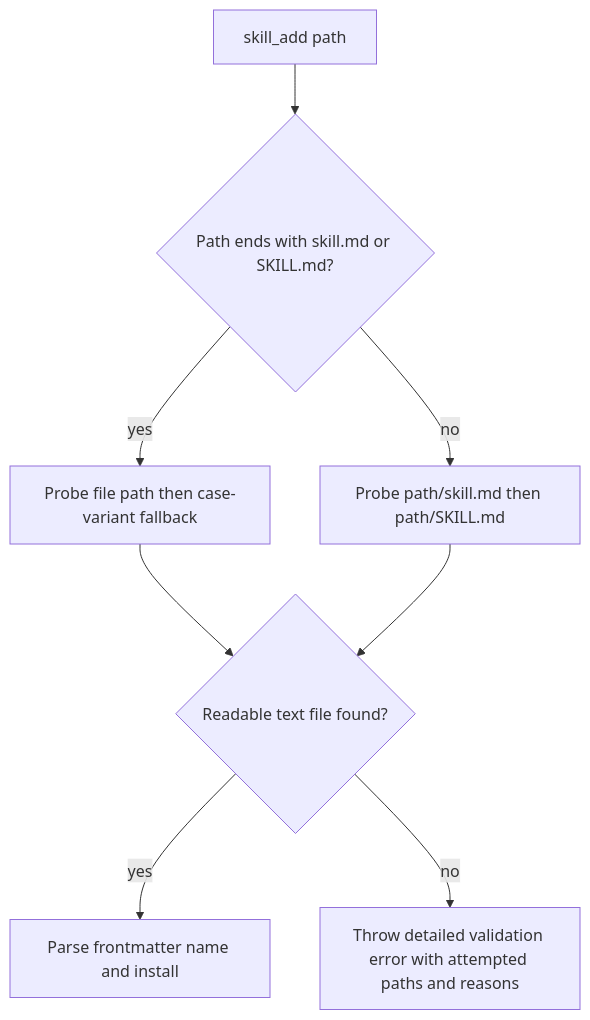
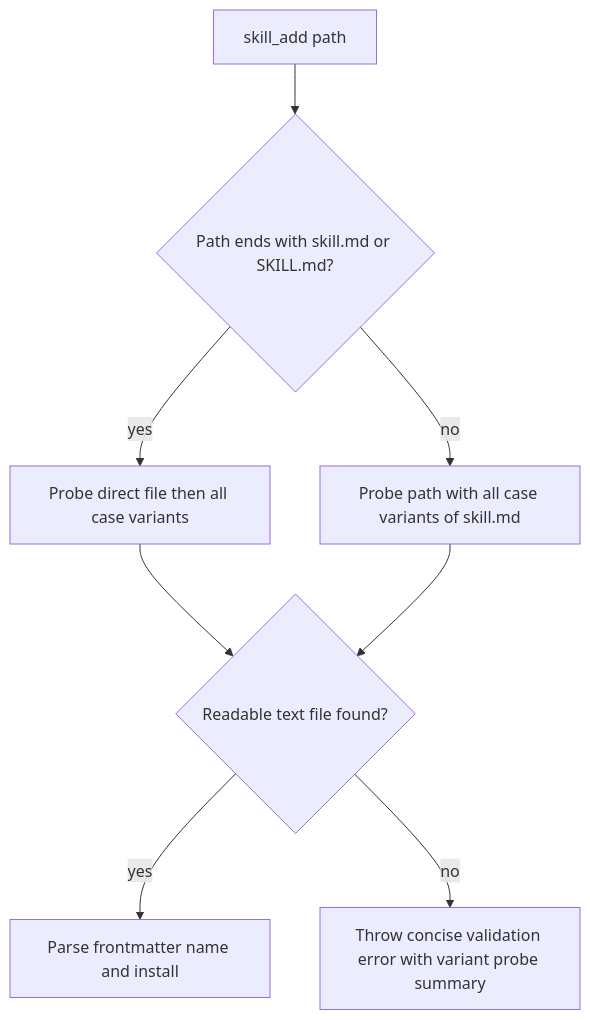
One commit to ex3ndr/daycare changed the diagram in doc/internals/skill-add-local-folder.md. Above: the diagram before and after it, drawn with Mermaid. The commit also changed other lines of this file and 2 other files, not shown here.

Commit message:
fix(tools): support case-insensitive skill.md

````diff
--- a/doc/internals/skill-add-local-folder.md
+++ b/doc/internals/skill-add-local-folder.md
@@ -9,10 +9,10 @@
 ```mermaid
 flowchart TD
     A[skill_add path] --> B{Path ends with skill.md or SKILL.md?}
-    B -->|yes| C[Probe file path then case-variant fallback]
-    B -->|no| D[Probe path/skill.md then path/SKILL.md]
+    B -->|yes| C[Probe direct file then all case variants]
+    B -->|no| D[Probe path with all case variants of skill.md]
     C --> E{Readable text file found?}
     D --> E
     E -->|yes| F[Parse frontmatter name and install]
-    E -->|no| G[Throw detailed validation error with attempted paths and reasons]
+    E -->|no| G[Throw concise validation error with variant probe summary]
 ```
````
